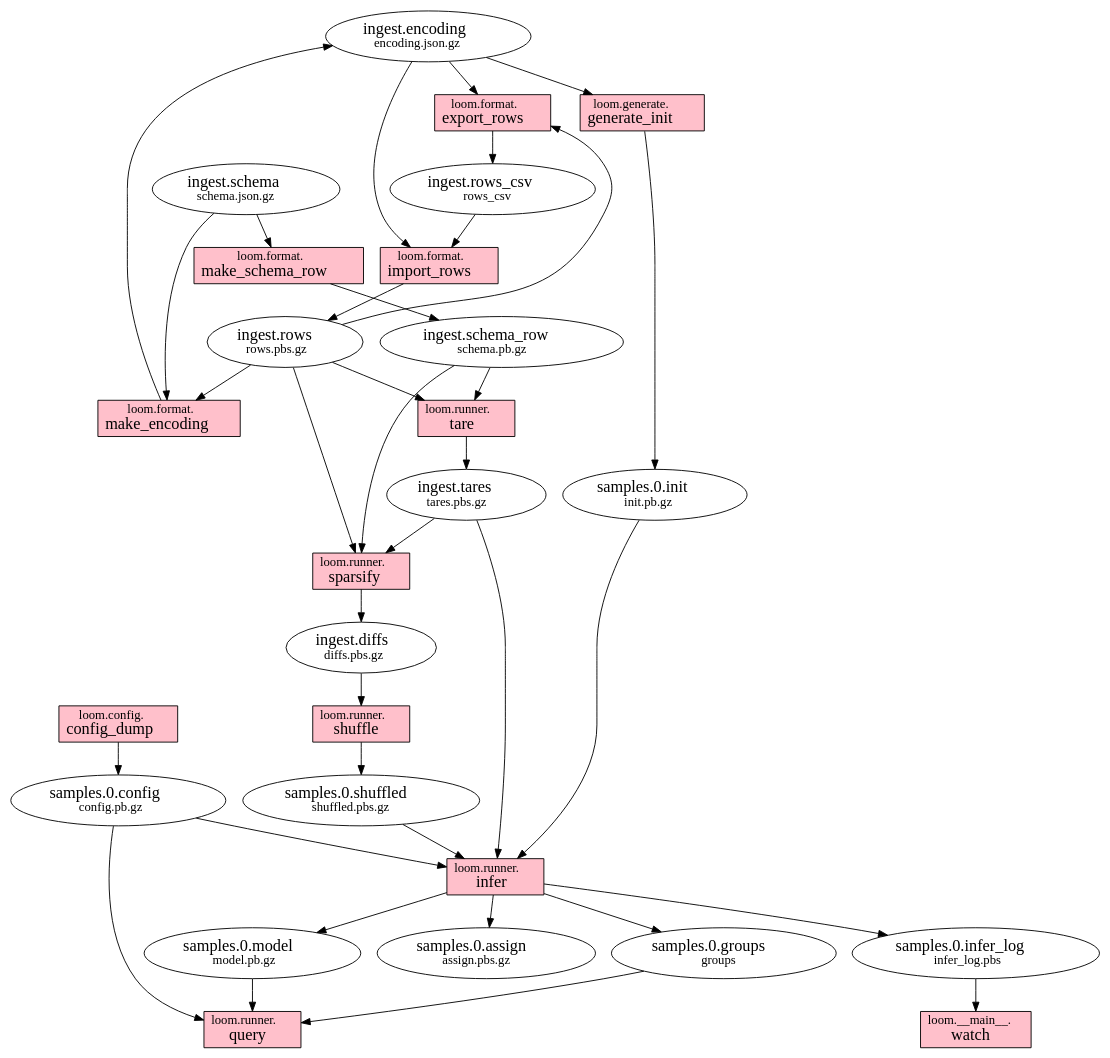
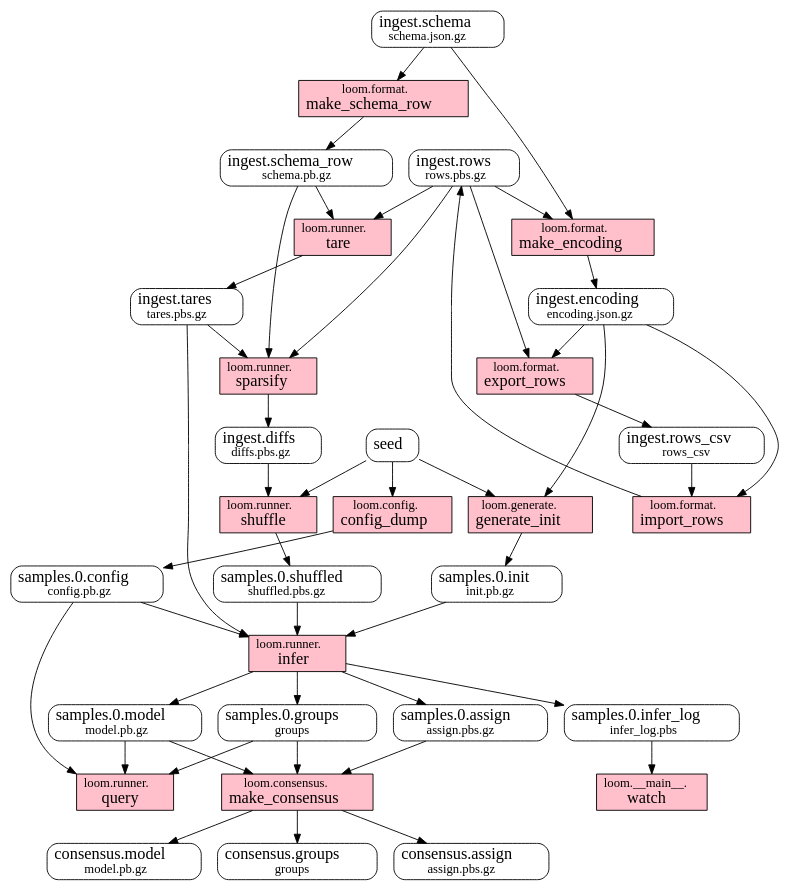
One commit to priorknowledge/loom changed the diagram in doc/dataflow.dot. Above: the diagram before and after it, drawn with Graphviz. The commit also changed 9 other files, not shown here.

Commit message:
Rename get_consensus to make_consensus

```diff
--- a/doc/dataflow.dot
+++ b/doc/dataflow.dot
@@ -1,77 +1,91 @@
 // this file was generated by /home/fobermeyer/sf/loom/loom/documented.py
 digraph G {
   overlap=false;
 
   // data
   {
-    node [shape=ellipse];
+    node [shape=Mrecord];
     samples_0_model [label=<<FONT POINT-SIZE="18">samples.0.model</FONT><BR/>model.pb.gz>];
+    consensus_model [label=<<FONT POINT-SIZE="18">consensus.model</FONT><BR/>model.pb.gz>];
+    consensus_groups [label=<<FONT POINT-SIZE="18">consensus.groups</FONT><BR/>groups>];
     ingest_diffs [label=<<FONT POINT-SIZE="18">ingest.diffs</FONT><BR/>diffs.pbs.gz>];
     samples_0_init [label=<<FONT POINT-SIZE="18">samples.0.init</FONT><BR/>init.pb.gz>];
     samples_0_shuffled [label=<<FONT POINT-SIZE="18">samples.0.shuffled</FONT><BR/>shuffled.pbs.gz>];
     samples_0_assign [label=<<FONT POINT-SIZE="18">samples.0.assign</FONT><BR/>assign.pbs.gz>];
     samples_0_infer_log [label=<<FONT POINT-SIZE="18">samples.0.infer_log</FONT><BR/>infer_log.pbs>];
+    consensus_assign [label=<<FONT POINT-SIZE="18">consensus.assign</FONT><BR/>assign.pbs.gz>];
     ingest_rows [label=<<FONT POINT-SIZE="18">ingest.rows</FONT><BR/>rows.pbs.gz>];
     ingest_tares [label=<<FONT POINT-SIZE="18">ingest.tares</FONT><BR/>tares.pbs.gz>];
+    seed [label=<<FONT POINT-SIZE="18">seed</FONT>>];
     samples_0_config [label=<<FONT POINT-SIZE="18">samples.0.config</FONT><BR/>config.pb.gz>];
     ingest_schema_row [label=<<FONT POINT-SIZE="18">ingest.schema_row</FONT><BR/>schema.pb.gz>];
     ingest_schema [label=<<FONT POINT-SIZE="18">ingest.schema</FONT><BR/>schema.json.gz>];
     samples_0_groups [label=<<FONT POINT-SIZE="18">samples.0.groups</FONT><BR/>groups>];
     ingest_rows_csv [label=<<FONT POINT-SIZE="18">ingest.rows_csv</FONT><BR/>rows_csv>];
     ingest_encoding [label=<<FONT POINT-SIZE="18">ingest.encoding</FONT><BR/>encoding.json.gz>];
   }
 
   // transforms
   {
     node [shape=box, style=filled];
 
     tare [label=<loom.runner.<BR/><FONT POINT-SIZE="18">tare</FONT>>, fillcolor=pink];
     export_rows [label=<loom.format.<BR/><FONT POINT-SIZE="18">export_rows</FONT>>, fillcolor=pink];
     query [label=<loom.runner.<BR/><FONT POINT-SIZE="18">query</FONT>>, fillcolor=pink];
+    watch [label=<loom.__main__.<BR/><FONT POINT-SIZE="18">watch</FONT>>, fillcolor=pink];
+    config_dump [label=<loom.config.<BR/><FONT POINT-SIZE="18">config_dump</FONT>>, fillcolor=pink];
     sparsify [label=<loom.runner.<BR/><FONT POINT-SIZE="18">sparsify</FONT>>, fillcolor=pink];
-    config_dump [label=<loom.config.<BR/><FONT POINT-SIZE="18">config_dump</FONT>>, fillcolor=pink];
-    watch [label=<loom.__main__.<BR/><FONT POINT-SIZE="18">watch</FONT>>, fillcolor=pink];
     generate_init [label=<loom.generate.<BR/><FONT POINT-SIZE="18">generate_init</FONT>>, fillcolor=pink];
     make_encoding [label=<loom.format.<BR/><FONT POINT-SIZE="18">make_encoding</FONT>>, fillcolor=pink];
     shuffle [label=<loom.runner.<BR/><FONT POINT-SIZE="18">shuffle</FONT>>, fillcolor=pink];
     make_schema_row [label=<loom.format.<BR/><FONT POINT-SIZE="18">make_schema_row</FONT>>, fillcolor=pink];
+    make_consensus [label=<loom.consensus.<BR/><FONT POINT-SIZE="18">make_consensus</FONT>>, fillcolor=pink];
     infer [label=<loom.runner.<BR/><FONT POINT-SIZE="18">infer</FONT>>, fillcolor=pink];
     import_rows [label=<loom.format.<BR/><FONT POINT-SIZE="18">import_rows</FONT>>, fillcolor=pink];
 
     ingest_schema_row -> tare [weight=1.0];
     ingest_rows -> tare [weight=1.0];
     tare -> ingest_tares [weight=1.0];
     ingest_encoding -> export_rows [weight=1.0];
     ingest_rows -> export_rows [weight=1.0];
     export_rows -> ingest_rows_csv [weight=1.0];
     samples_0_config -> query [weight=1.0];
     samples_0_model -> query [weight=1.0];
     samples_0_groups -> query [weight=1.0];
+    samples_0_infer_log -> watch [weight=1.0];
+    seed -> config_dump [weight=1.0];
+    config_dump -> samples_0_config [weight=1.0];
     ingest_schema_row -> sparsify [weight=1.0];
     ingest_tares -> sparsify [weight=1.0];
     ingest_rows -> sparsify [weight=1.0];
     sparsify -> ingest_diffs [weight=1.0];
-    config_dump -> samples_0_config [weight=1.0];
-    samples_0_infer_log -> watch [weight=1.0];
     ingest_encoding -> generate_init [weight=1.0];
+    seed -> generate_init [weight=1.0];
     generate_init -> samples_0_init [weight=1.0];
     ingest_schema -> make_encoding [weight=1.0];
     ingest_rows -> make_encoding [weight=1.0];
     make_encoding -> ingest_encoding [weight=1.0];
     ingest_diffs -> shuffle [weight=1.0];
+    seed -> shuffle [weight=1.0];
     shuffle -> samples_0_shuffled [weight=1.0];
     ingest_schema -> make_schema_row [weight=1.0];
     make_schema_row -> ingest_schema_row [weight=1.0];
+    samples_0_model -> make_consensus [weight=1.0];
+    samples_0_groups -> make_consensus [weight=1.0];
+    samples_0_assign -> make_consensus [weight=1.0];
+    make_consensus -> consensus_model [weight=1.0];
+    make_consensus -> consensus_groups [weight=1.0];
+    make_consensus -> consensus_assign [weight=1.0];
     samples_0_config -> infer [weight=1.0];
     samples_0_shuffled -> infer [weight=1.0];
     ingest_tares -> infer [weight=1.0];
     samples_0_init -> infer [weight=1.0];
     infer -> samples_0_model [weight=1.0];
     infer -> samples_0_groups [weight=1.0];
     infer -> samples_0_assign [weight=1.0];
     infer -> samples_0_infer_log [weight=1.0];
     ingest_encoding -> import_rows [weight=1.0];
     ingest_rows_csv -> import_rows [weight=1.0];
     import_rows -> ingest_rows [weight=1.0];
   }
 }
```
